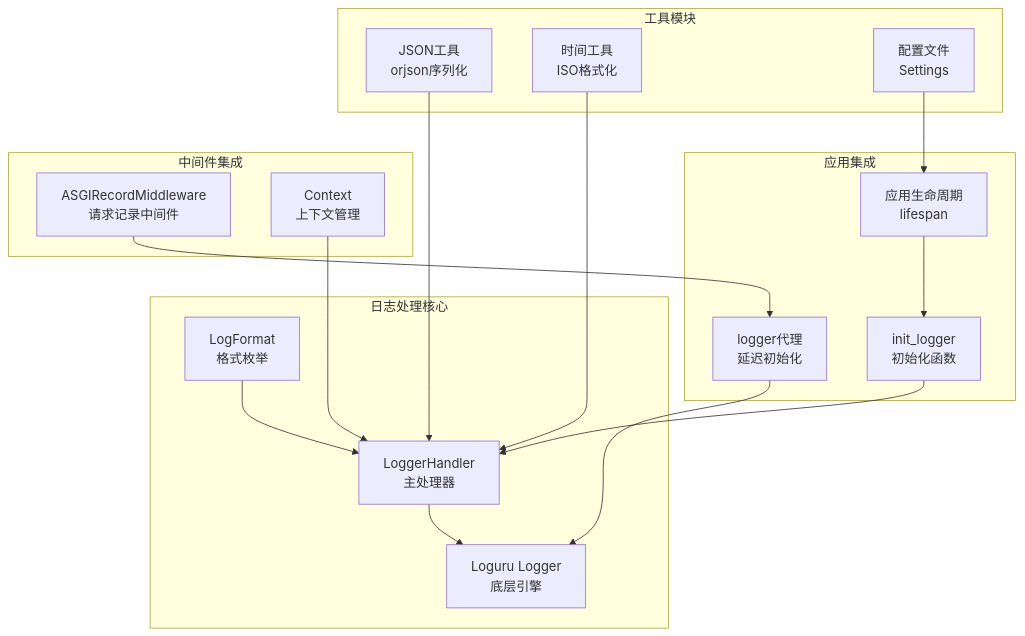
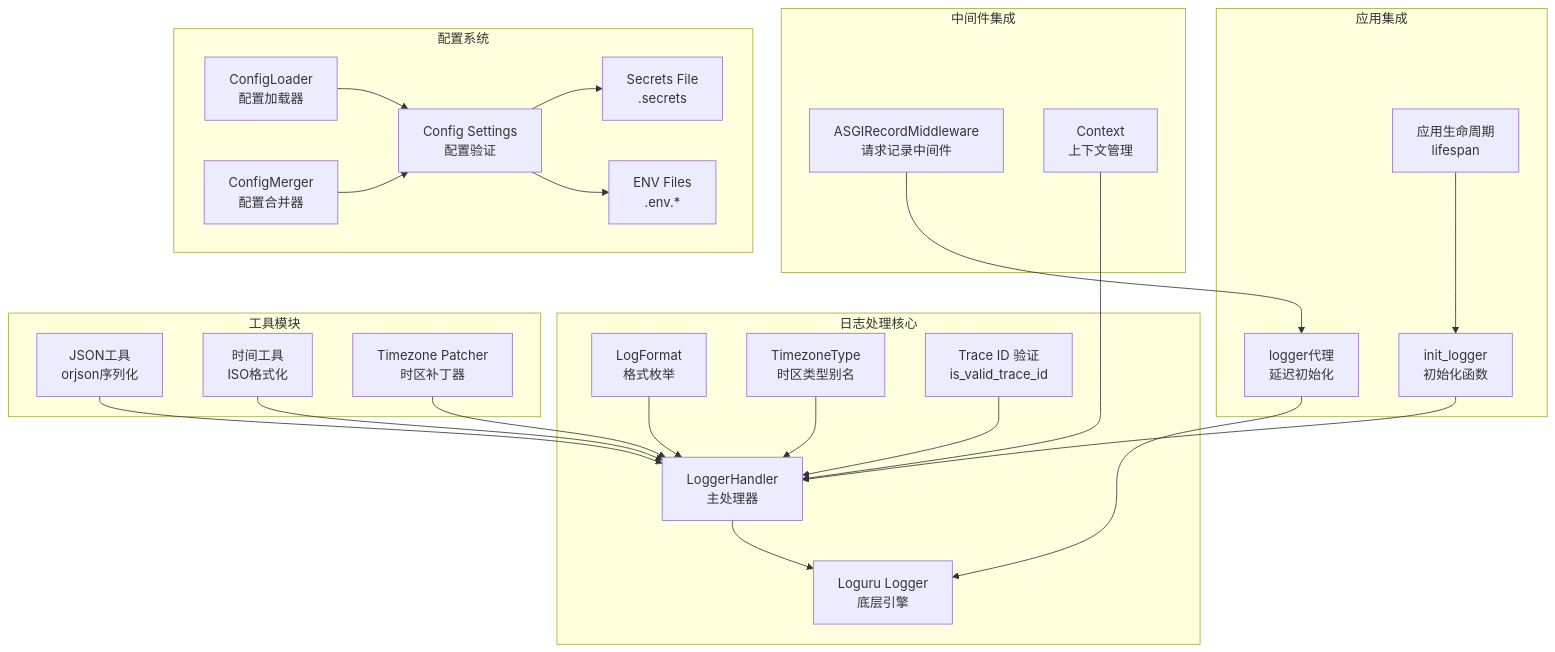
One commit to lilinzezzzzzz/fastapi-backend changed the first of 12 diagrams in .qoder/repowiki/zh/content/部署运维/监控与日志管理/日志处理器.md. Above: the diagram before and after it, drawn with Mermaid. The commit also changed other lines of this file and 42 other files, not shown here.

````diff
--- a/.qoder/repowiki/zh/content/部署运维/监控与日志管理/日志处理器.md
+++ b/.qoder/repowiki/zh/content/部署运维/监控与日志管理/日志处理器.md
@@ -44,32 +66,47 @@
 ```mermaid
 graph TB
 subgraph "日志处理核心"
 LH[LoggerHandler<br/>主处理器]
 LF[LogFormat<br/>格式枚举]
 LT[Loguru Logger<br/>底层引擎]
+TZ[TimezoneType<br/>时区类型别名]
+TV[Trace ID 验证<br/>is_valid_trace_id]
 end
 subgraph "应用集成"
 IL[init_logger<br/>初始化函数]
 LP[logger代理<br/>延迟初始化]
 AM[应用生命周期<br/>lifespan]
 end
 subgraph "中间件集成"
 RM[ASGIRecordMiddleware<br/>请求记录中间件]
 CTX[Context<br/>上下文管理]
 end
+subgraph "配置系统"
+CL[ConfigLoader<br/>配置加载器]
+CM[ConfigMerger<br/>配置合并器]
+CS[Config Settings<br/>配置验证]
+SE[Secrets File<br/>.secrets]
+ENV[ENV Files<br/>.env.*]
+end
 subgraph "工具模块"
 TJ[JSON工具<br/>orjson序列化]
 TT[时间工具<br/>ISO格式化]
-CF[配置文件<br/>Settings]
+TP[Timezone Patcher<br/>时区补丁器]
 end
 LH --> LT
 LF --> LH
+TZ --> LH
+TV --> LH
 IL --> LH
 LP --> LT
 AM --> IL
 RM --> LP
 CTX --> LH
+CL --> CS
+CM --> CS
+CS --> SE
+CS --> ENV
 TJ --> LH
 TT --> LH
-CF --> AM
+TP --> LH
 ```
````
